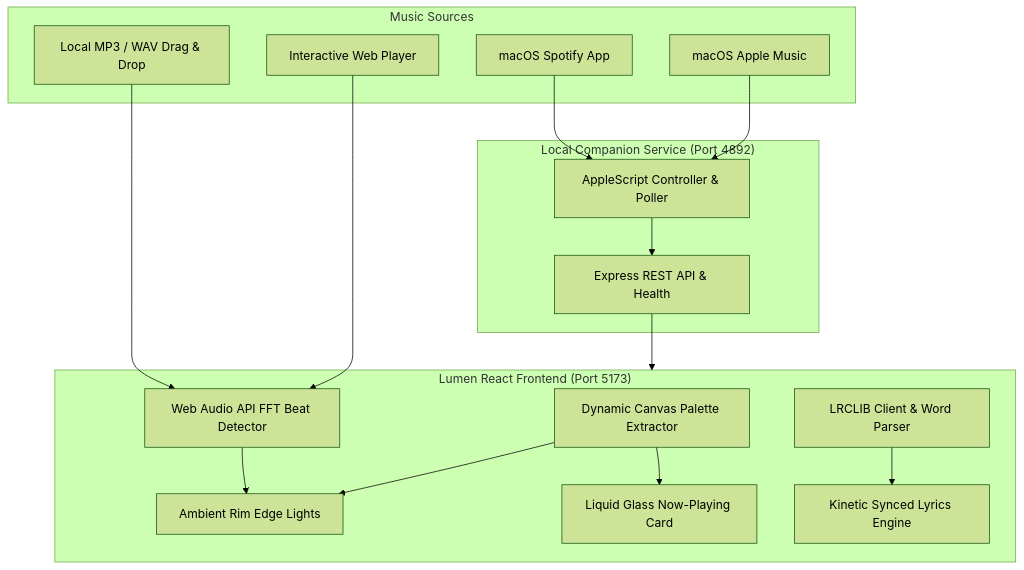
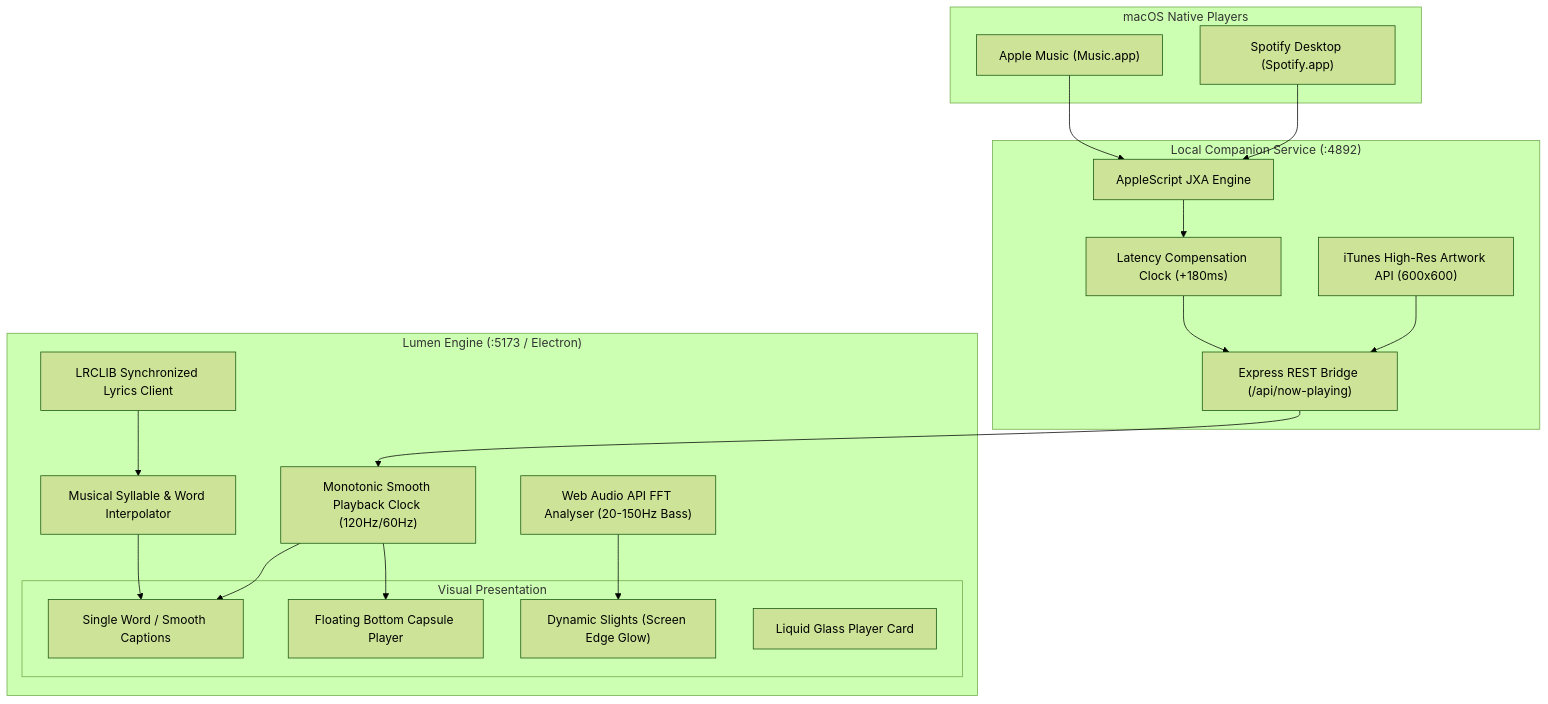
The diagram in README.md (RithvikVatti/lyric), drawn with Mermaid (forest theme) before and after one commit. The commit also changed other lines of this file and 10 other files, not shown here.

Commit message:
feat: liquid glass UI with @ybouane/liquidglass, blurred cover background, purely white minimal player icons

````diff
--- a/README.md
+++ b/README.md
@@ -63,34 +50,41 @@
 ```mermaid
 flowchart TD
-    subgraph AudioSources["Music Sources"]
-        MacSpotify["macOS Spotify App"]
-        MacMusic["macOS Apple Music"]
-        LocalFile["Local MP3 / WAV Drag & Drop"]
-        DemoPlayer["Interactive Web Player"]
+    subgraph macOSApps["macOS Native Players"]
+        AppleMusic["Apple Music (Music.app)"]
+        SpotifyMac["Spotify Desktop (Spotify.app)"]
     end
 
-    subgraph Backend["Local Companion Service (Port 4892)"]
-        AppleScript["AppleScript Controller & Poller"]
-        RESTAPI["Express REST API & Health"]
+    subgraph Backend["Local Companion Service (:4892)"]
+        AppleScript["AppleScript JXA Engine"]
+        TimeStamper["Latency Compensation Clock (+180ms)"]
+        ArtworkSearch["iTunes High-Res Artwork API (600x600)"]
+        REST["Express REST Bridge (/api/now-playing)"]
     end
 
-    subgraph Frontend["Lumen React Frontend (Port 5173)"]
-        ColorEngine["Dynamic Canvas Palette Extractor"]
-        LRCEngine["LRCLIB Client & Word Parser"]
-        WebAudio["Web Audio API FFT Beat Detector"]
-        RimLighting["Ambient Rim Edge Lights"]
-        LiquidCard["Liquid Glass Now-Playing Card"]
-        SyncedLyrics["Kinetic Synced Lyrics Engine"]
+    subgraph Frontend["Lumen Engine (:5173 / Electron)"]
+        MonotonicClock["Monotonic Smooth Playback Clock (120Hz/60Hz)"]
+        LRCLIBEngine["LRCLIB Synchronized Lyrics Client"]
+        SyllableParser["Musical Syllable & Word Interpolator"]
+        WebAudioFFT["Web Audio API FFT Analyser (20-150Hz Bass)"]
+        
+        subgraph Visuals["Visual Presentation"]
+            RimLights["Dynamic Slights (Screen Edge Glow)"]
+            LyricsView["Single Word / Smooth Captions"]
+            LockscreenBar["Floating Bottom Capsule Player"]
+            SplitCard["Liquid Glass Player Card"]
+        end
     end
 
-    MacSpotify --> AppleScript
-    MacMusic --> AppleScript
-    AppleScript --> RESTAPI
-    RESTAPI --> Frontend
-    LocalFile --> WebAudio
-    DemoPlayer --> WebAudio
-    WebAudio --> RimLighting
-    ColorEngine --> RimLighting
-    ColorEngine --> LiquidCard
-    LRCEngine --> SyncedLyrics
+    AppleMusic --> AppleScript
+    SpotifyMac --> AppleScript
+    AppleScript --> TimeStamper
+    TimeStamper --> REST
+    ArtworkSearch --> REST
+    REST --> MonotonicClock
+
+    MonotonicClock --> LyricsView
+    MonotonicClock --> LockscreenBar
+    LRCLIBEngine --> SyllableParser
+    SyllableParser --> LyricsView
+    WebAudioFFT --> RimLights
 ```
````
